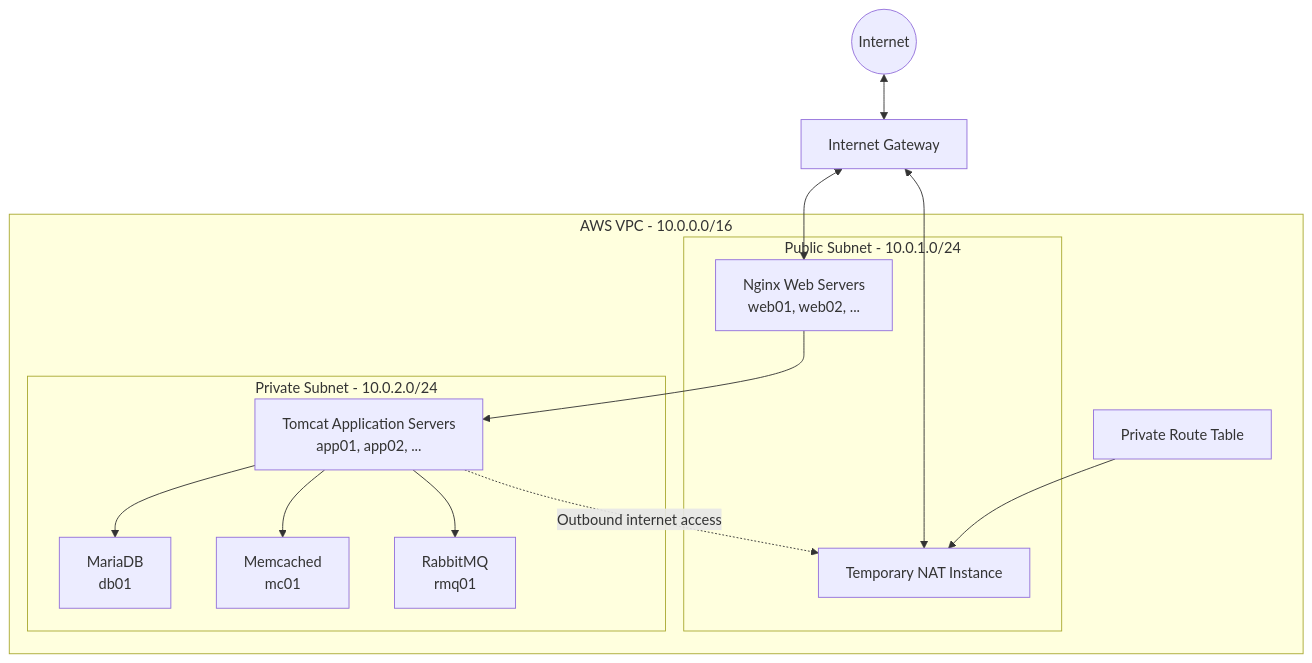
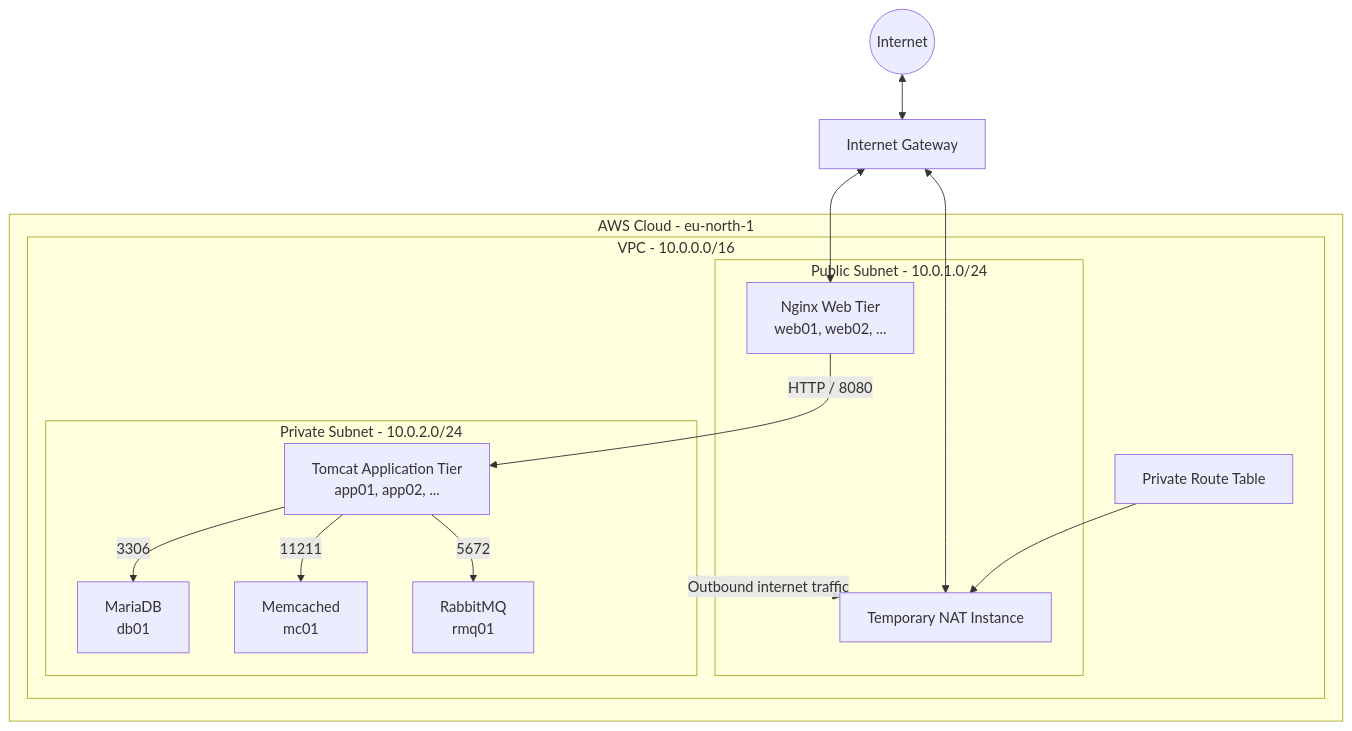
One commit to mh-power2/vprofile-multi-tier-aws-terraform changed the first of 2 diagrams in README.md. Above: the diagram before and after it, drawn with Mermaid. The commit also changed other lines of this file, not shown here.

````diff
--- a/README.md
+++ b/README.md
@@ -26,31 +49,35 @@
 ```mermaid
 flowchart TB
     Internet((Internet))
     IGW[Internet Gateway]
 
-    subgraph VPC["AWS VPC - 10.0.0.0/16"]
-        subgraph Public["Public Subnet - 10.0.1.0/24"]
-            Web["Nginx Web Servers<br/>web01, web02, ..."]
-            NAT["Temporary NAT Instance"]
+    subgraph AWS["AWS Cloud - eu-north-1"]
+        subgraph VPC["VPC - 10.0.0.0/16"]
+            subgraph PUBLIC["Public Subnet - 10.0.1.0/24"]
+                WEB["Nginx Web Tier<br/>web01, web02, ..."]
+                NAT["Temporary NAT Instance"]
+            end
+
+            subgraph PRIVATE["Private Subnet - 10.0.2.0/24"]
+                APP["Tomcat Application Tier<br/>app01, app02, ..."]
+                DB["MariaDB<br/>db01"]
+                MC["Memcached<br/>mc01"]
+                RMQ["RabbitMQ<br/>rmq01"]
+            end
+
+            RT["Private Route Table"]
         end
-
-        subgraph Private["Private Subnet - 10.0.2.0/24"]
-            App["Tomcat Application Servers<br/>app01, app02, ..."]
-            DB["MariaDB<br/>db01"]
-            MC["Memcached<br/>mc01"]
-            RMQ["RabbitMQ<br/>rmq01"]
-        end
-
-        RT["Private Route Table"]
     end
 
     Internet <--> IGW
-    IGW <--> Web
+    IGW <--> WEB
     IGW <--> NAT
-    Web --> App
-    App --> DB
-    App --> MC
-    App --> RMQ
+
+    WEB -->|HTTP / 8080| APP
+    APP -->|3306| DB
+    APP -->|11211| MC
+    APP -->|5672| RMQ
+
     RT --> NAT
-    App -. Outbound internet access .-> NAT
+    PRIVATE -. Outbound internet traffic .-> NAT
 ```
````
